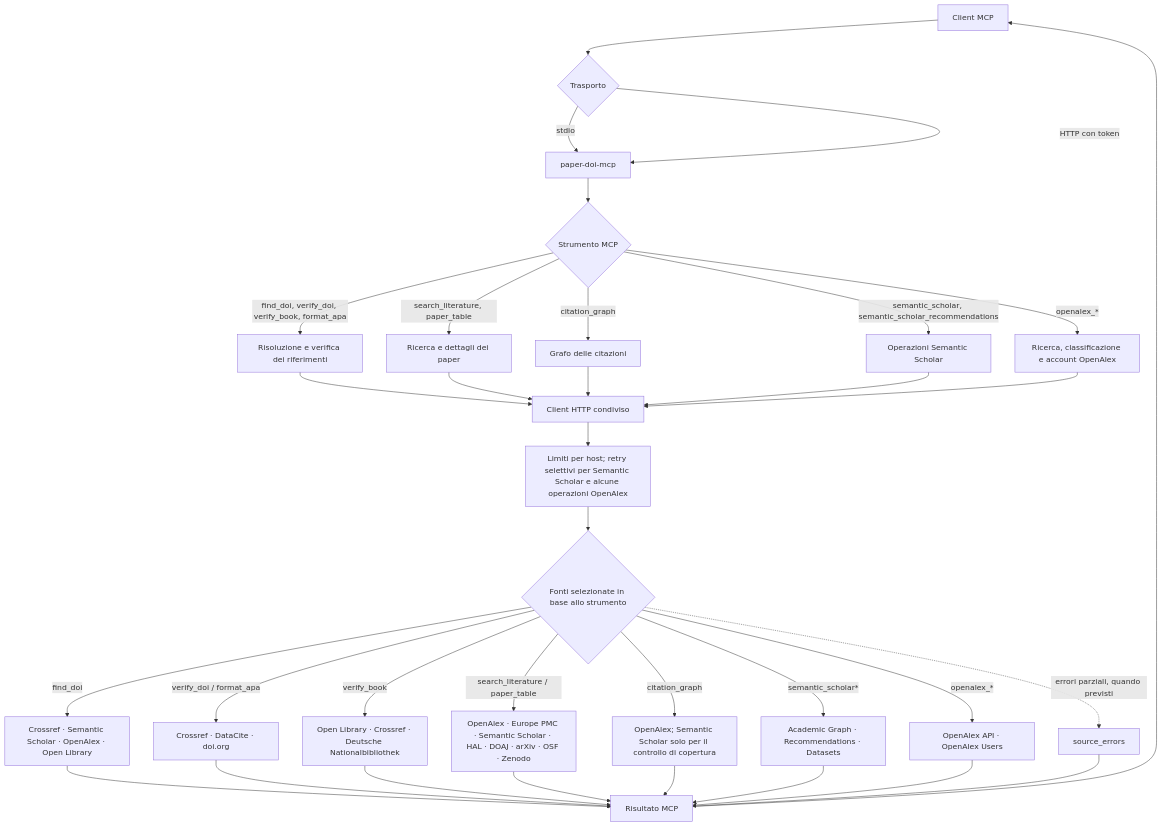
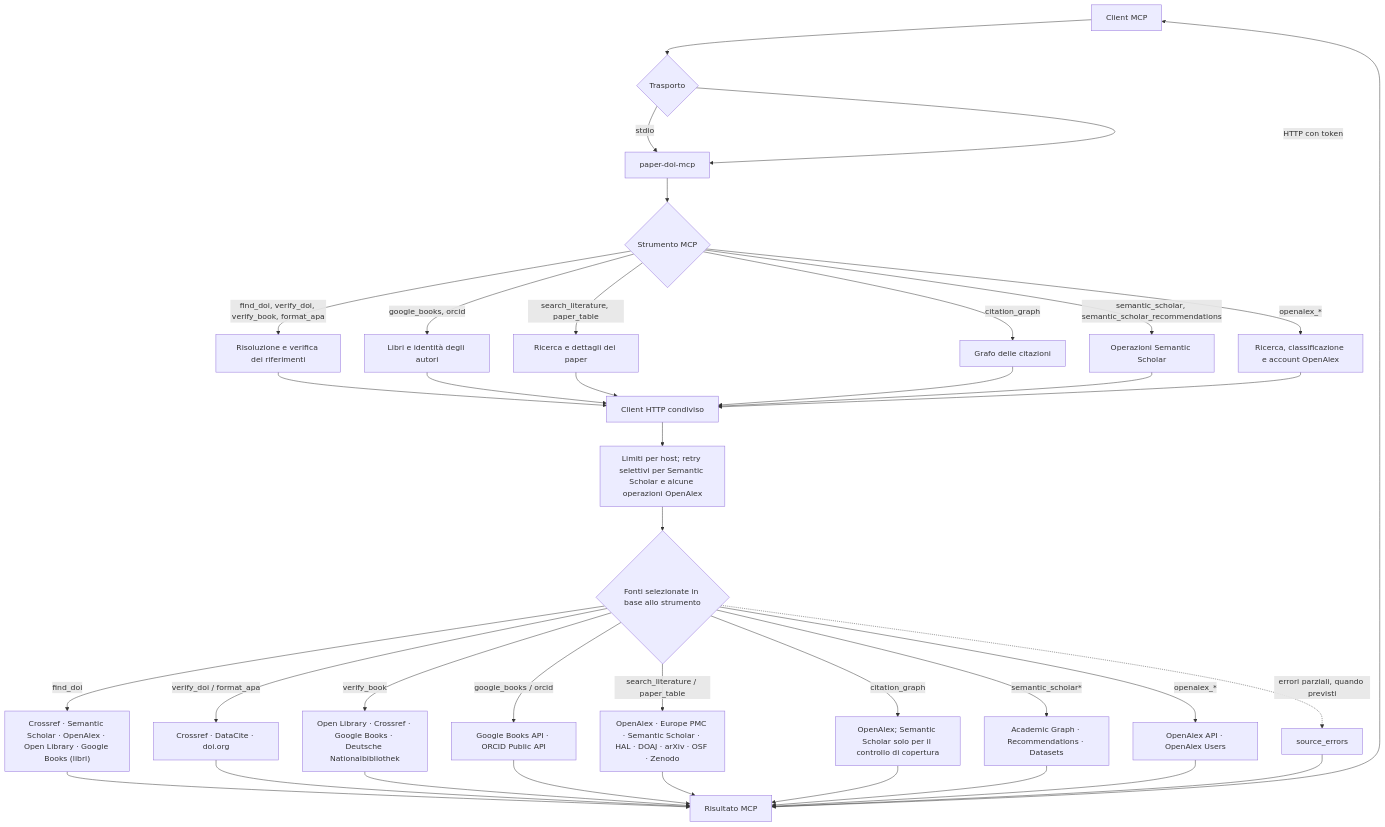
One commit to graph-ist/doi-mcp changed the diagram in README.md. Above: the diagram before and after it, drawn with Mermaid. The commit also changed other lines of this file and 4 other files, not shown here.

Commit message:
Add Google Books and ORCID tools, source agreement reporting, ORCID checks in verify_doi

````diff
--- a/README.md
+++ b/README.md
@@ -9,41 +9,45 @@
 ```mermaid
 flowchart TD
   Client["Client MCP"] --> Trasporto{"Trasporto"}
   Trasporto -->|stdio| Server["paper-doi-mcp"]
   Trasporto -->|HTTP con token| Server
 
   Server --> Strumento{"Strumento MCP"}
   Strumento -->|find_doi, verify_doi, verify_book, format_apa| Riferimenti["Risoluzione e verifica dei riferimenti"]
+  Strumento -->|google_books, orcid| Registri["Libri e identità degli autori"]
   Strumento -->|search_literature, paper_table| Ricerca["Ricerca e dettagli dei paper"]
   Strumento -->|citation_graph| Grafo["Grafo delle citazioni"]
   Strumento -->|semantic_scholar, semantic_scholar_recommendations| SS["Operazioni Semantic Scholar"]
   Strumento -->|openalex_*| OA["Ricerca, classificazione e account OpenAlex"]
 
   Riferimenti --> HTTP["Client HTTP condiviso"]
+  Registri --> HTTP
   Ricerca --> HTTP
   Grafo --> HTTP
   SS --> HTTP
   OA --> HTTP
   HTTP --> Gestione["Limiti per host; retry selettivi per Semantic Scholar e alcune operazioni OpenAlex"]
 
   Gestione --> Fonti{"Fonti selezionate in base allo strumento"}
-  Fonti -->|find_doi| Candidati["Crossref · Semantic Scholar · OpenAlex · Open Library"]
+  Fonti -->|find_doi| Candidati["Crossref · Semantic Scholar · OpenAlex · Open Library · Google Books (libri)"]
   Fonti -->|verify_doi / format_apa| DOI["Crossref · DataCite · doi.org"]
-  Fonti -->|verify_book| Libri["Open Library · Crossref · Deutsche Nationalbibliothek"]
+  Fonti -->|verify_book| Libri["Open Library · Crossref · Google Books · Deutsche Nationalbibliothek"]
+  Fonti -->|google_books / orcid| Registro["Google Books API · ORCID Public API"]
   Fonti -->|search_literature / paper_table| Letteratura["OpenAlex · Europe PMC · Semantic Scholar · HAL · DOAJ · arXiv · OSF · Zenodo"]
   Fonti -->|citation_graph| Citazioni["OpenAlex; Semantic Scholar solo per il controllo di copertura"]
   Fonti -->|semantic_scholar*| SSAPI["Academic Graph · Recommendations · Datasets"]
   Fonti -->|openalex_*| OAAPI["OpenAlex API · OpenAlex Users"]
 
   Candidati --> Risposta["Risultato MCP"]
   DOI --> Risposta
   Libri --> Risposta
+  Registro --> Risposta
   Letteratura --> Risposta
   Citazioni --> Risposta
   SSAPI --> Risposta
   OAAPI --> Risposta
   Risposta --> Client
 
   Fonti -. "errori parziali, quando previsti" .-> Errori["source_errors"]
   Errori --> Risposta
 ```
````
